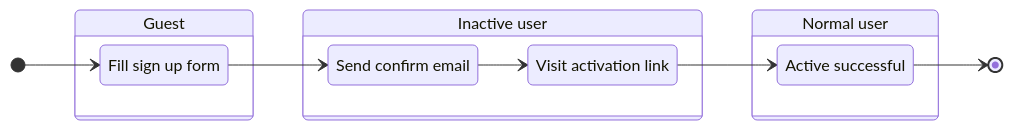
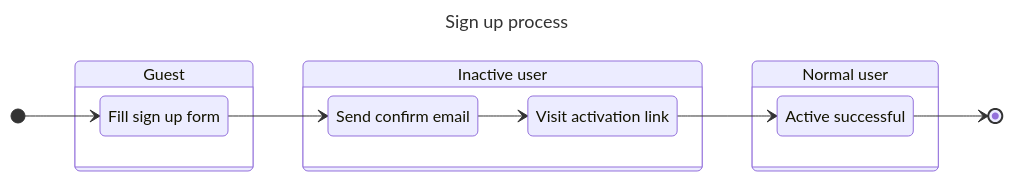
The first of 2 diagrams in docs/guides/users.md (apache/incubator-answer-website), drawn with Mermaid before and after one commit. The commit also changed other lines of this file and 8 other files, not shown here.

````diff
--- a/docs/guides/users.md
+++ b/docs/guides/users.md
@@ -23,25 +25,28 @@
 ```mermaid
+---
+title: Sign up process
+---
 stateDiagram
     direction LR
-    A1: Fill sign up form
-    B1: Send confirm email
-    B2: Visit activation link
-    %% B3: Click active button
-    C: Active successful
-    inactivate: Inactive user
-    normal: Normal user
+    A1 : Fill sign up form
+    B1 : Send confirm email
+    B2 : Visit activation link
+    %% B3 : Click active button
+    Z : Active successful
+    inactivate : Inactive user
+    normal : Normal user
 
     [*] --> A1
     state Guest {
       A1 --> B1
     }
     state inactivate {
       direction LR
       B1 --> B2
-      B2 --> C
+      B2 --> Z
     }
     state normal {
-      C
+      Z
     }
-    C --> [*]
+    Z --> [*]
 ```
````
